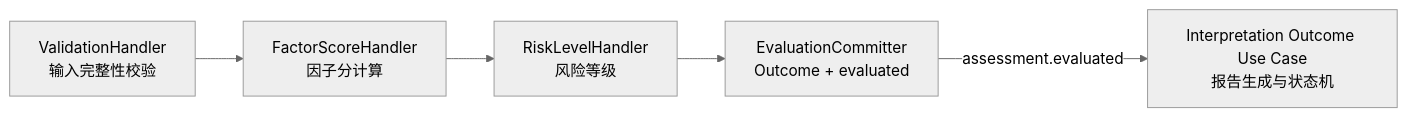
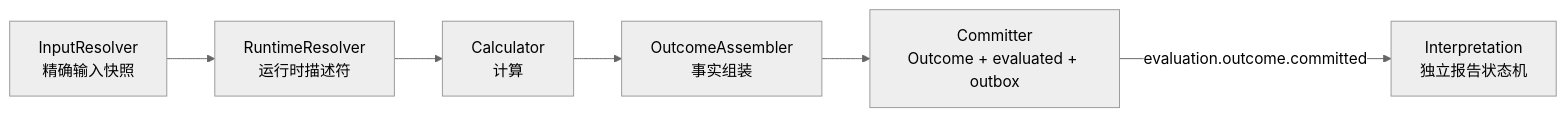
The fifth of 6 diagrams in docs/00-总览/03-核心业务链路.md (FangcunMount/qs-server), drawn with Mermaid (neutral theme) before and after one commit. The commit also changed other lines of this file and 30 other files, not shown here.

Commit message:
docs(interpretation): 更新解释模型文档，整合 Outcome 解释、报告生成与查询机制，修正术语与模块边界，确保文档一致性

````diff
--- a/docs/00-总览/03-核心业务链路.md
+++ b/docs/00-总览/03-核心业务链路.md
@@ -277,10 +282,11 @@
 ```mermaid
 flowchart LR
-    v[ValidationHandler<br/>输入完整性校验]
-    f[FactorScoreHandler<br/>因子分计算]
-    r[RiskLevelHandler<br/>风险等级]
-    e[EvaluationCommitter<br/>Outcome + evaluated]
-    i[Interpretation Outcome Use Case<br/>报告生成与状态机]
+    i[InputResolver<br/>精确输入快照]
+    r[RuntimeResolver<br/>运行时描述符]
+    c[Calculator<br/>计算]
+    o[OutcomeAssembler<br/>事实组装]
+    k[Committer<br/>Outcome + evaluated + outbox]
+    p[Interpretation<br/>独立报告状态机]
 
-	    v --> f --> r --> e -->|assessment.evaluated| i
+    i --> r --> c --> o --> k -->|evaluation.outcome.committed| p
 ```
````
